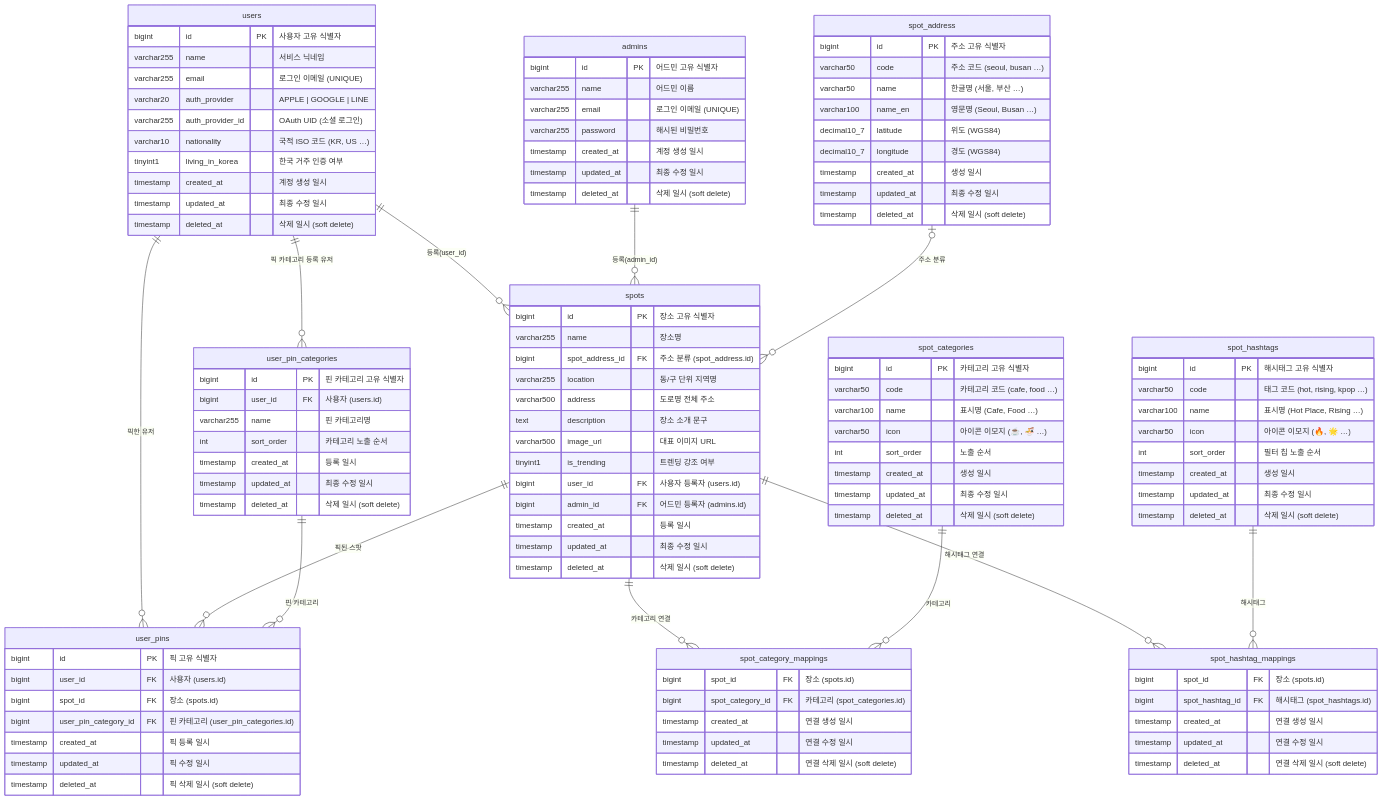
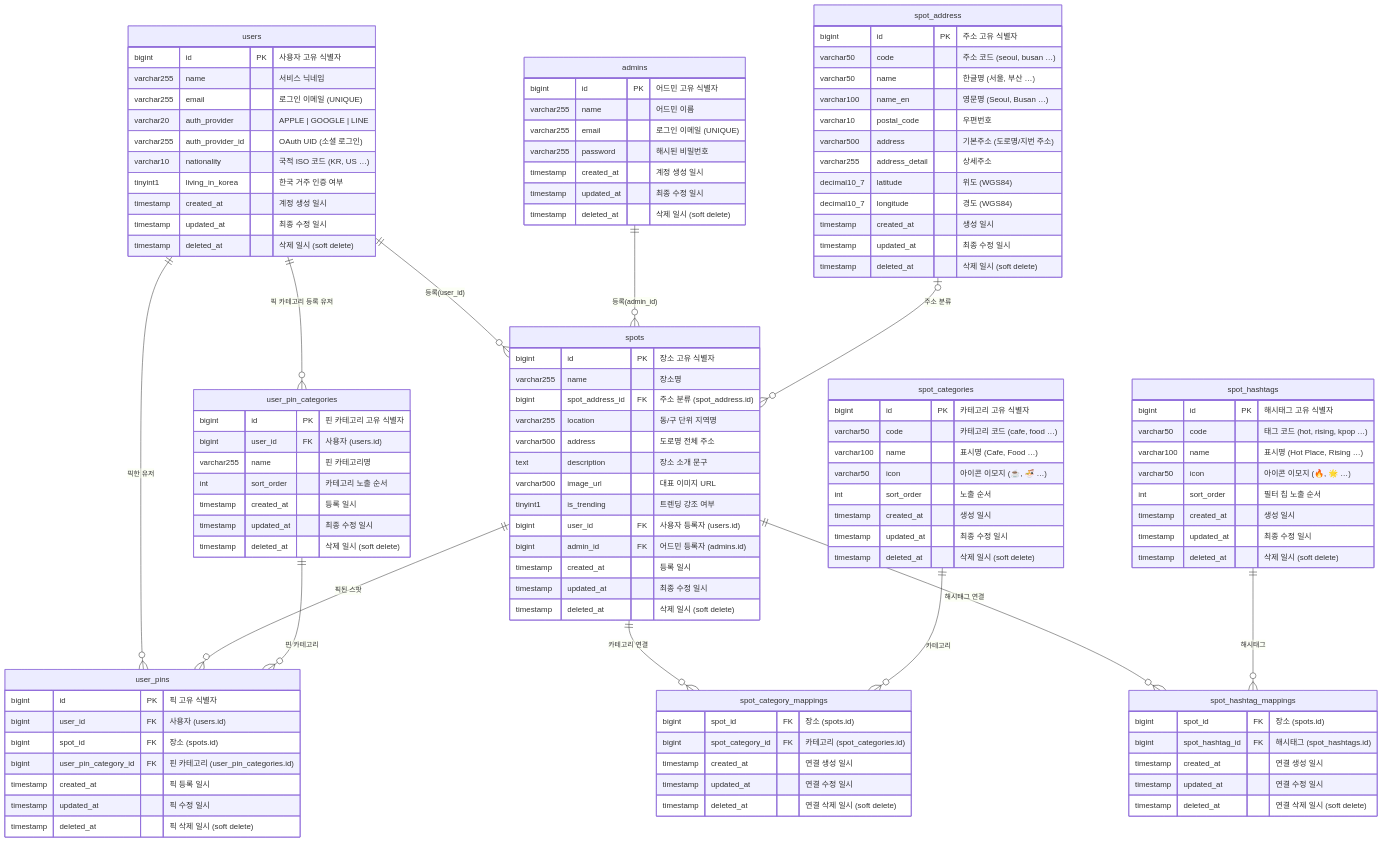
One commit to picko-labs/picko-api changed the diagram in src/main/resources/db/ddl/schema-erd.mmd. Above: the diagram before and after it, drawn with Mermaid.

Commit message:
docs: spot_address 테이블에 우편번호·기본주소·상세주소 컬럼 추가

```diff
--- a/src/main/resources/db/ddl/schema-erd.mmd
+++ b/src/main/resources/db/ddl/schema-erd.mmd
@@ -1,137 +1,140 @@
 erDiagram
 
     users {
         bigint      id               PK  "사용자 고유 식별자"
         varchar255  name                 "서비스 닉네임"
         varchar255  email                "로그인 이메일 (UNIQUE)"
         varchar20   auth_provider        "APPLE | GOOGLE | LINE"
         varchar255  auth_provider_id     "OAuth UID (소셜 로그인)"
         varchar10   nationality          "국적 ISO 코드 (KR, US …)"
         tinyint1    living_in_korea      "한국 거주 인증 여부"
         timestamp   created_at           "계정 생성 일시"
         timestamp   updated_at           "최종 수정 일시"
         timestamp   deleted_at           "삭제 일시 (soft delete)"
     }
 
     admins {
         bigint      id          PK  "어드민 고유 식별자"
         varchar255  name            "어드민 이름"
         varchar255  email           "로그인 이메일 (UNIQUE)"
         varchar255  password        "해시된 비밀번호"
         timestamp   created_at      "계정 생성 일시"
         timestamp   updated_at      "최종 수정 일시"
         timestamp   deleted_at      "삭제 일시 (soft delete)"
     }
 
     spot_address {
-        bigint      id          PK  "주소 고유 식별자"
-        varchar50   code            "주소 코드 (seoul, busan …)"
-        varchar50   name            "한글명 (서울, 부산 …)"
-        varchar100  name_en         "영문명 (Seoul, Busan …)"
-        decimal10_7 latitude        "위도 (WGS84)"
-        decimal10_7 longitude       "경도 (WGS84)"
-        timestamp   created_at      "생성 일시"
-        timestamp   updated_at      "최종 수정 일시"
-        timestamp   deleted_at      "삭제 일시 (soft delete)"
+        bigint      id             PK  "주소 고유 식별자"
+        varchar50   code               "주소 코드 (seoul, busan …)"
+        varchar50   name               "한글명 (서울, 부산 …)"
+        varchar100  name_en            "영문명 (Seoul, Busan …)"
+        varchar10   postal_code        "우편번호"
+        varchar500  address            "기본주소 (도로명/지번 주소)"
+        varchar255  address_detail     "상세주소"
+        decimal10_7 latitude           "위도 (WGS84)"
+        decimal10_7 longitude          "경도 (WGS84)"
+        timestamp   created_at         "생성 일시"
+        timestamp   updated_at         "최종 수정 일시"
+        timestamp   deleted_at         "삭제 일시 (soft delete)"
     }
 
     spot_categories {
         bigint      id          PK  "카테고리 고유 식별자"
         varchar50   code            "카테고리 코드 (cafe, food …)"
         varchar100  name            "표시명 (Cafe, Food …)"
         varchar50   icon            "아이콘 이모지 (☕, 🍜 …)"
         int         sort_order      "노출 순서"
         timestamp   created_at      "생성 일시"
         timestamp   updated_at      "최종 수정 일시"
         timestamp   deleted_at      "삭제 일시 (soft delete)"
     }
 
     spots {
         bigint      id              PK  "장소 고유 식별자"
         varchar255  name                "장소명"
         bigint      spot_address_id FK  "주소 분류 (spot_address.id)"
         varchar255  location            "동/구 단위 지역명"
         varchar500  address             "도로명 전체 주소"
         text        description         "장소 소개 문구"
         varchar500  image_url           "대표 이미지 URL"
         tinyint1    is_trending         "트렌딩 강조 여부"
         bigint      user_id         FK  "사용자 등록자 (users.id)"
         bigint      admin_id        FK  "어드민 등록자 (admins.id)"
         timestamp   created_at          "등록 일시"
         timestamp   updated_at          "최종 수정 일시"
         timestamp   deleted_at          "삭제 일시 (soft delete)"
     }
 
     spot_category_mappings {
         bigint      spot_id          FK  "장소 (spots.id)"
         bigint      spot_category_id FK  "카테고리 (spot_categories.id)"
         timestamp   created_at           "연결 생성 일시"
         timestamp   updated_at           "연결 수정 일시"
         timestamp   deleted_at           "연결 삭제 일시 (soft delete)"
     }
 
     user_pin_categories {
         bigint      id         PK  "핀 카테고리 고유 식별자"
         bigint      user_id    FK  "사용자 (users.id)"
         varchar255  name           "핀 카테고리명"
         int         sort_order     "카테고리 노출 순서"
         timestamp   created_at     "등록 일시"
         timestamp   updated_at     "최종 수정 일시"
         timestamp   deleted_at     "삭제 일시 (soft delete)"
     }
 
     user_pins {
         bigint      id                   PK  "픽 고유 식별자"
         bigint      user_id              FK  "사용자 (users.id)"
         bigint      spot_id              FK  "장소 (spots.id)"
         bigint      user_pin_category_id FK  "핀 카테고리 (user_pin_categories.id)"
         timestamp   created_at               "픽 등록 일시"
         timestamp   updated_at               "픽 수정 일시"
         timestamp   deleted_at               "픽 삭제 일시 (soft delete)"
     }
 
     spot_hashtags {
         bigint      id          PK  "해시태그 고유 식별자"
         varchar50   code            "태그 코드 (hot, rising, kpop …)"
         varchar100  name            "표시명 (Hot Place, Rising …)"
         varchar50   icon            "아이콘 이모지 (🔥, 🌟 …)"
         int         sort_order      "필터 칩 노출 순서"
         timestamp   created_at      "생성 일시"
         timestamp   updated_at      "최종 수정 일시"
         timestamp   deleted_at      "삭제 일시 (soft delete)"
     }
 
     spot_hashtag_mappings {
         bigint      spot_id         FK  "장소 (spots.id)"
         bigint      spot_hashtag_id FK  "해시태그 (spot_hashtags.id)"
         timestamp   created_at          "연결 생성 일시"
         timestamp   updated_at          "연결 수정 일시"
         timestamp   deleted_at          "연결 삭제 일시 (soft delete)"
     }
 
     %% ── 관계 정의 ──────────────────────────────────────────
 
     %% users → spots : 유저가 스팟을 직접 등록
     users                ||--o{ spots                    : "등록(user_id)"
 
     %% admins → spots : 어드민이 스팟을 등록
     admins               ||--o{ spots                    : "등록(admin_id)"
 
     %% users ↔ spots : 유저가 스팟을 픽(북마크)
     users                ||--o{ user_pins                : "픽한 유저"
     spots                ||--o{ user_pins                : "픽된 스팟"
 
     %% users → user_pin_categories : 유저의 픽 카테고리
     users                ||--o{ user_pin_categories        : "픽 카테고리 등록 유저"
     user_pin_categories  ||--o{ user_pins                  : "핀 카테고리"
 
     %% spots ↔ spot_categories : 스팟 카테고리 (N개)
     spots                ||--o{ spot_category_mappings   : "카테고리 연결"
     spot_categories      ||--o{ spot_category_mappings   : "카테고리"
 
     %% spots → spot_address : 주소 분류
     spot_address         |o--o{ spots                    : "주소 분류"
 
     %% spots ↔ spot_hashtags : 해시태그 필터
     spots                ||--o{ spot_hashtag_mappings    : "해시태그 연결"
     spot_hashtags        ||--o{ spot_hashtag_mappings    : "해시태그"
```
